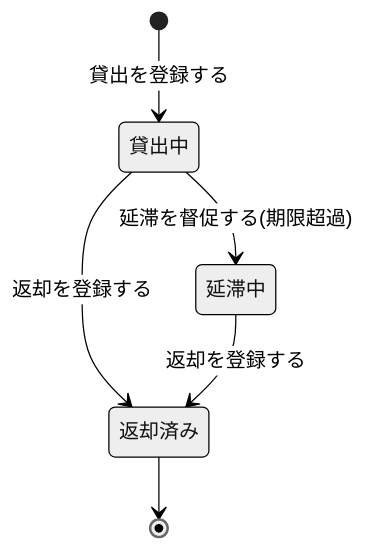
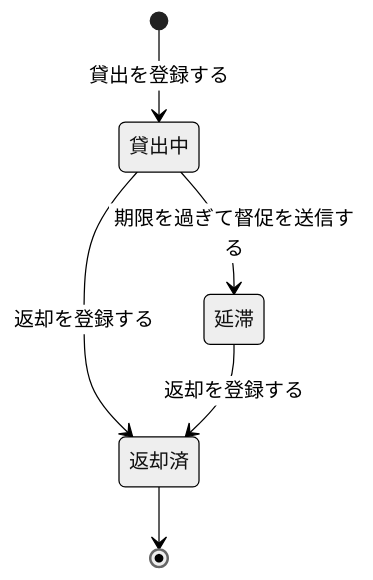
The third of 4 diagrams in samples/distillery2/library-loan/docs/requirements/_review-summary.md (suwa-sh/suwa-sh-claude-plugins), drawn with Mermaid (neutral theme) before and after one commit. The commit also changed other lines of this file and 249 other files, not shown here.

````diff
--- a/samples/distillery2/library-loan/docs/requirements/_review-summary.md
+++ b/samples/distillery2/library-loan/docs/requirements/_review-summary.md
@@ -97,8 +125,8 @@
 ```mermaid
 stateDiagram-v2
   [*] --> 貸出中: 貸出を登録する
-  貸出中 --> 返却済み: 返却を登録する
-  貸出中 --> 延滞中: 延滞を督促する(期限超過)
-  延滞中 --> 返却済み: 返却を登録する
-  返却済み --> [*]
+  貸出中 --> 返却済: 返却を登録する
+  貸出中 --> 延滞: 期限を過ぎて督促を送信する
+  延滞 --> 返却済: 返却を登録する
+  返却済 --> [*]
 ```
````
